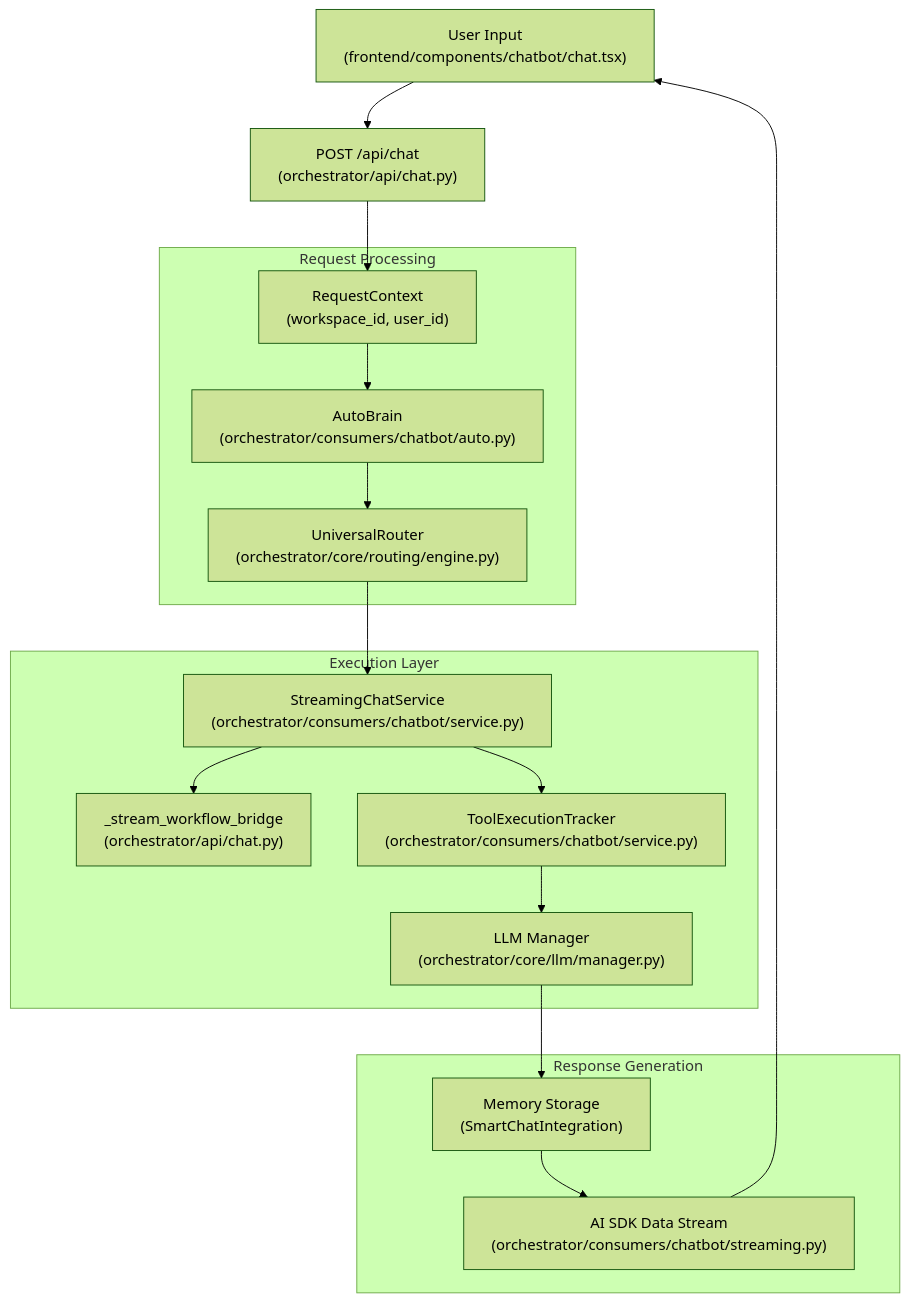
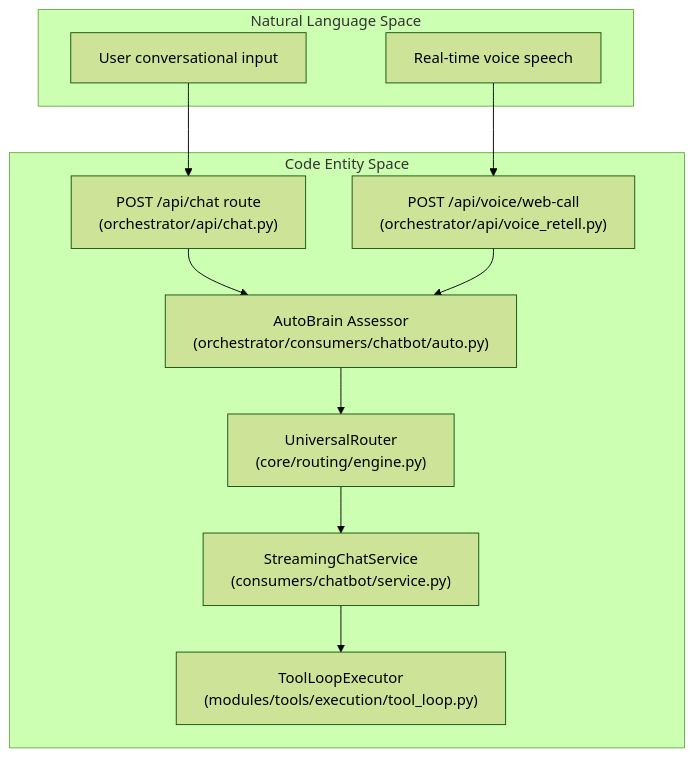
Before and after one commit to AutomatosAI/automatos-ai: the first of 2 diagrams in docs/chat-interface/_index.md, drawn with Mermaid (forest theme). The commit also changed other lines of this file and 191 other files, not shown here.

````diff
--- a/docs/chat-interface/_index.md
+++ b/docs/chat-interface/_index.md
@@ -46,37 +61,24 @@
 ```mermaid
 graph TB
-    User["User Input<br/>(frontend/components/chatbot/chat.tsx)"]
-    ChatAPI["POST /api/chat<br/>(orchestrator/api/chat.py)"]
-    
-    subgraph "Request Processing"
-        CTX["RequestContext<br/>(workspace_id, user_id)"]
-        AutoBrain["AutoBrain<br/>(orchestrator/consumers/chatbot/auto.py)"]
-        Router["UniversalRouter<br/>(orchestrator/core/routing/engine.py)"]
+    subgraph "Natural Language Space"
+        UserMsg["User conversational input"]
+        VoiceInput["Real-time voice speech"]
     end
-    
-    subgraph "Execution Layer"
-        StreamingSvc["StreamingChatService<br/>(orchestrator/consumers/chatbot/service.py)"]
-        WorkflowBridge["_stream_workflow_bridge<br/>(orchestrator/api/chat.py)"]
-        ToolLoop["ToolExecutionTracker<br/>(orchestrator/consumers/chatbot/service.py)"]
-        LLM["LLM Manager<br/>(orchestrator/core/llm/manager.py)"]
+
+    subgraph "Code Entity Space"
+        ChatApi["POST /api/chat route<br/>(orchestrator/api/chat.py)"]
+        VoiceApi["POST /api/voice/web-call<br/>(orchestrator/api/voice_retell.py)"]
+        AutoBrain["AutoBrain Assessor<br/>(orchestrator/consumers/chatbot/auto.py)"]
+        Router["UniversalRouter<br/>(core/routing/engine.py)"]
+        StreamSvc["StreamingChatService<br/>(consumers/chatbot/service.py)"]
+        ToolExecutor["ToolLoopExecutor<br/>(modules/tools/execution/tool_loop.py)"]
     end
-    
-    subgraph "Response Generation"
-        MemoryStore["Memory Storage<br/>(SmartChatIntegration)"]
-        AISDK["AI SDK Data Stream<br/>(orchestrator/consumers/chatbot/streaming.py)"]
-    end
-    
-    User --> ChatAPI
-    ChatAPI --> CTX
-    CTX --> AutoBrain
+
+    UserMsg --> ChatApi
+    VoiceInput --> VoiceApi
+    ChatApi --> AutoBrain
+    VoiceApi --> AutoBrain
     AutoBrain --> Router
-    Router --> StreamingSvc
-    
-    StreamingSvc --> WorkflowBridge
-    StreamingSvc --> ToolLoop
-    ToolLoop --> LLM
-    
-    LLM --> MemoryStore
-    MemoryStore --> AISDK
-    AISDK --> User
+    Router --> StreamSvc
+    StreamSvc --> ToolExecutor
 ```
````
